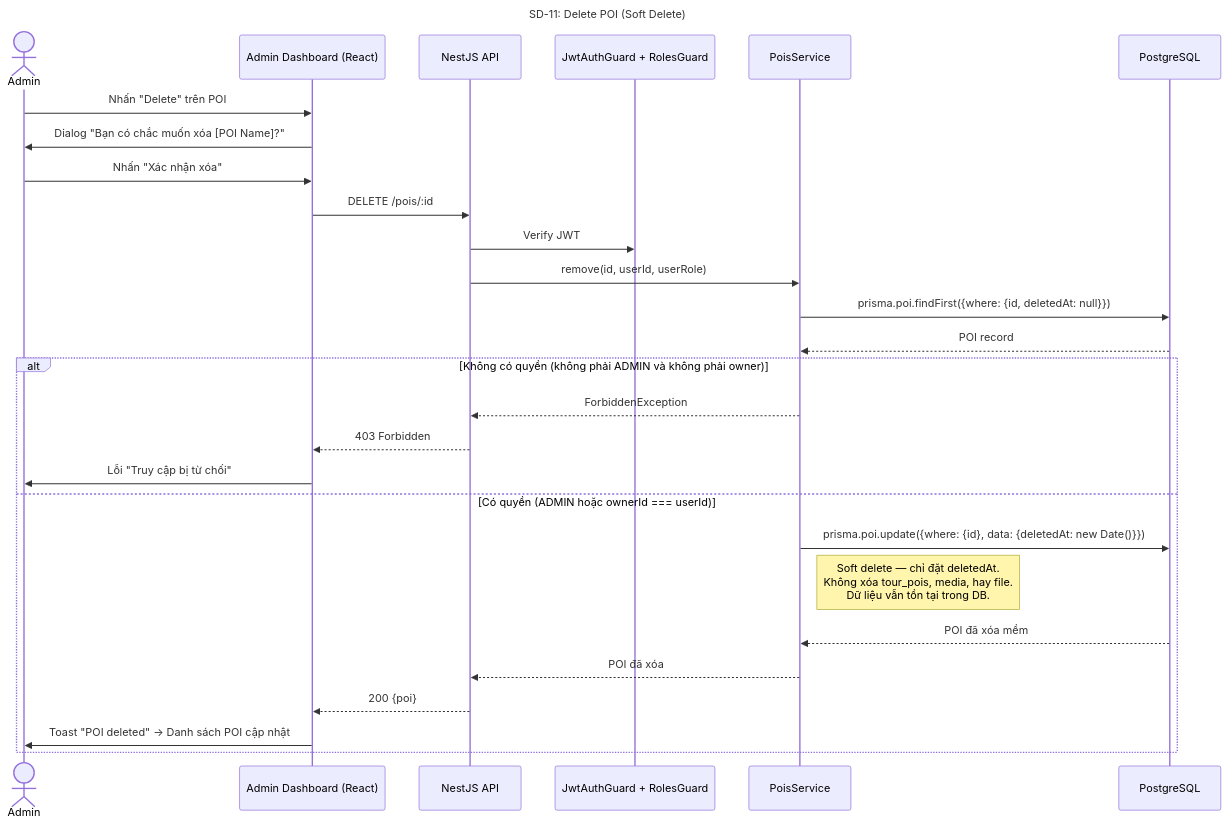
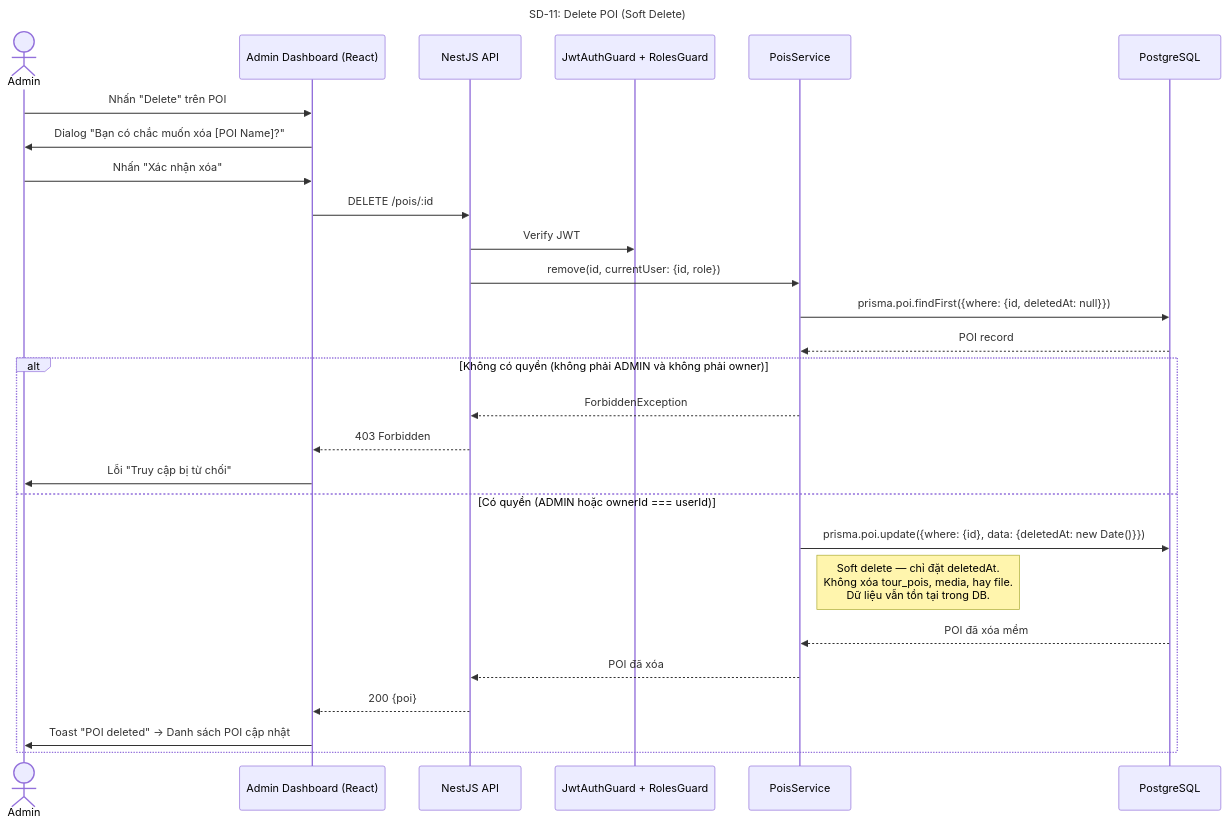
Before and after one commit to Ttuandatt/Seminar: diagram 11 of 28 in docs/step3_prd/15_sequence_diagrams.md, drawn with Mermaid. The commit also changed other lines of this file, not shown here.

First line of the commit message:
docs: sync 8 sequence diagrams with codebase (v4.1 → v4.2)

````diff
--- a/docs/step3_prd/15_sequence_diagrams.md
+++ b/docs/step3_prd/15_sequence_diagrams.md
@@ -635,33 +635,33 @@
 ```mermaid
 sequenceDiagram
     title SD-11: Delete POI (Soft Delete)
     actor Admin
     participant UI as Admin Dashboard (React)
     participant API as NestJS API
     participant Guard as JwtAuthGuard + RolesGuard
     participant POI as PoisService
     participant DB as PostgreSQL
 
     Admin->>UI: Nhấn "Delete" trên POI
     UI->>Admin: Dialog "Bạn có chắc muốn xóa [POI Name]?"
     Admin->>UI: Nhấn "Xác nhận xóa"
 
     UI->>API: DELETE /pois/:id
     API->>Guard: Verify JWT
-    API->>POI: remove(id, userId, userRole)
+    API->>POI: remove(id, currentUser: {id, role})
     POI->>DB: prisma.poi.findFirst({where: {id, deletedAt: null}})
     DB-->>POI: POI record
 
     alt Không có quyền (không phải ADMIN và không phải owner)
         POI-->>API: ForbiddenException
         API-->>UI: 403 Forbidden
         UI->>Admin: Lỗi "Truy cập bị từ chối"
     else Có quyền (ADMIN hoặc ownerId === userId)
         POI->>DB: prisma.poi.update({where: {id}, data: {deletedAt: new Date()}})
         Note right of POI: Soft delete — chỉ đặt deletedAt.<br/>Không xóa tour_pois, media, hay file.<br/>Dữ liệu vẫn tồn tại trong DB.
         DB-->>POI: POI đã xóa mềm
         POI-->>API: POI đã xóa
         API-->>UI: 200 {poi}
         UI->>Admin: Toast "POI deleted" -> Danh sách POI cập nhật
     end
 ```
````
